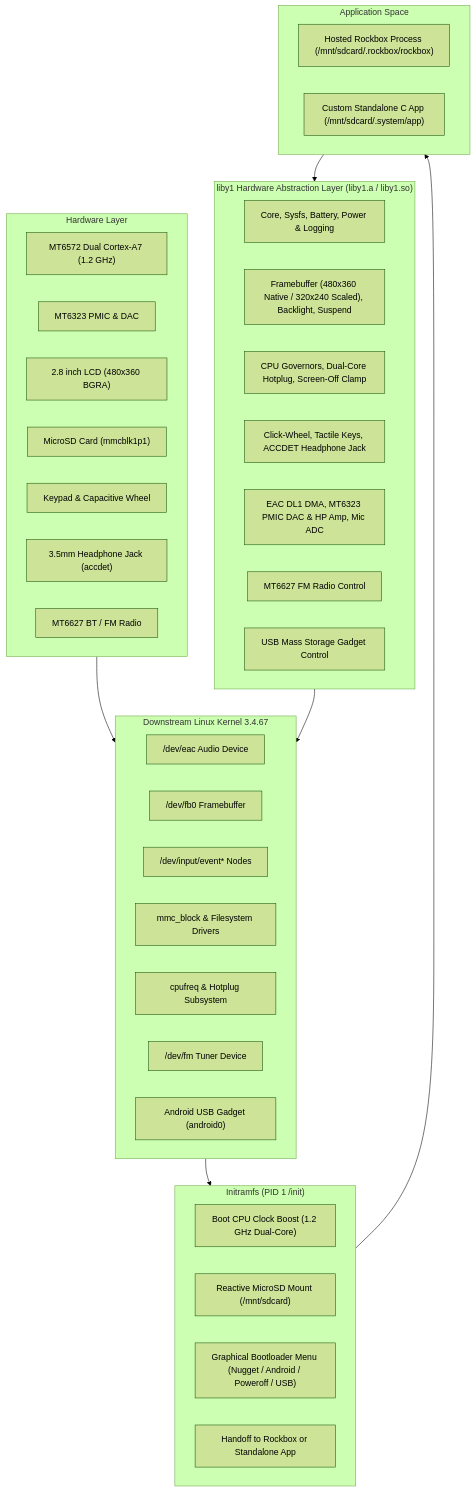
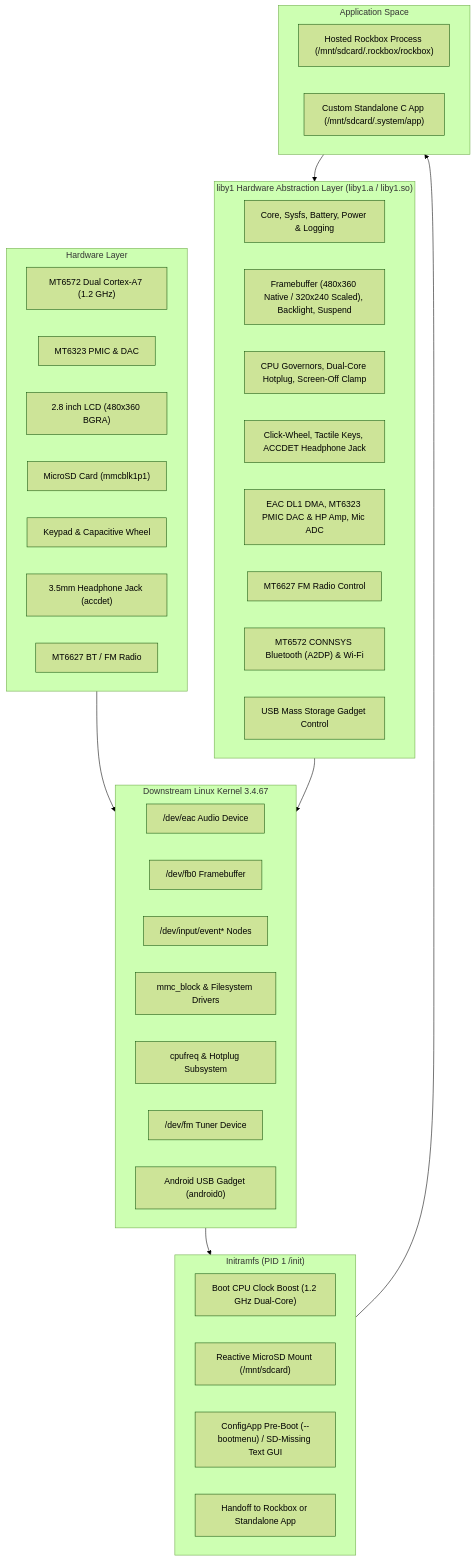
One commit to y1-community/nugget-y1-mirror changed the first of 2 diagrams in docs/ARCHITECTURE.md. Above: the diagram before and after it, drawn with Mermaid (forest theme). The commit also changed other lines of this file and 581 other files, not shown here.

````diff
--- a/docs/ARCHITECTURE.md
+++ b/docs/ARCHITECTURE.md
@@ -11,50 +11,51 @@
 ```mermaid
 flowchart TD
     subgraph HW["Hardware Layer"]
         CPU["MT6572 Dual Cortex-A7 (1.2 GHz)"]
         PMIC["MT6323 PMIC & DAC"]
         LCD["2.8 inch LCD (480x360 BGRA)"]
         SD["MicroSD Card (mmcblk1p1)"]
         BTN["Keypad & Capacitive Wheel"]
         JACK["3.5mm Headphone Jack (accdet)"]
         WIFI_BT["MT6627 BT / FM Radio"]
     end
 
     subgraph KERNEL["Downstream Linux Kernel 3.4.67"]
         K_EAC["/dev/eac Audio Device"]
         K_FB["/dev/fb0 Framebuffer"]
         K_EV["/dev/input/event* Nodes"]
         K_MMC["mmc_block & Filesystem Drivers"]
         K_CPU["cpufreq & Hotplug Subsystem"]
         K_FM["/dev/fm Tuner Device"]
         K_USB["Android USB Gadget (android0)"]
     end
 
     subgraph INITRAMFS["Initramfs (PID 1 /init)"]
         INIT_BOOST["Boot CPU Clock Boost (1.2 GHz Dual-Core)"]
         INIT_STORAGE["Reactive MicroSD Mount (/mnt/sdcard)"]
-        INIT_MENU["Graphical Bootloader Menu (Nugget / Android / Poweroff / USB)"]
+        INIT_MENU["ConfigApp Pre-Boot (--bootmenu) / SD-Missing Text GUI"]
         INIT_EXEC["Handoff to Rockbox or Standalone App"]
     end
 
     subgraph LIBY1["liby1 Hardware Abstraction Layer (liby1.a / liby1.so)"]
         Y1_CORE["Core, Sysfs, Battery, Power & Logging"]
         Y1_DISP["Framebuffer (480x360 Native / 320x240 Scaled), Backlight, Suspend"]
         Y1_CPU["CPU Governors, Dual-Core Hotplug, Screen-Off Clamp"]
         Y1_INP["Click-Wheel, Tactile Keys, ACCDET Headphone Jack"]
         Y1_AUDIO["EAC DL1 DMA, MT6323 PMIC DAC & HP Amp, Mic ADC"]
         Y1_TUNER["MT6627 FM Radio Control"]
+        Y1_BT_WIFI["MT6572 CONNSYS Bluetooth (A2DP) & Wi-Fi"]
         Y1_USB["USB Mass Storage Gadget Control"]
     end
 
     subgraph APPS["Application Space"]
         RB["Hosted Rockbox Process (/mnt/sdcard/.rockbox/rockbox)"]
         CUSTOM_APP["Custom Standalone C App (/mnt/sdcard/.system/app)"]
     end
 
     HW --> KERNEL
     KERNEL --> INITRAMFS
     INITRAMFS --> APPS
     APPS --> LIBY1
     LIBY1 --> KERNEL
 ```
````
